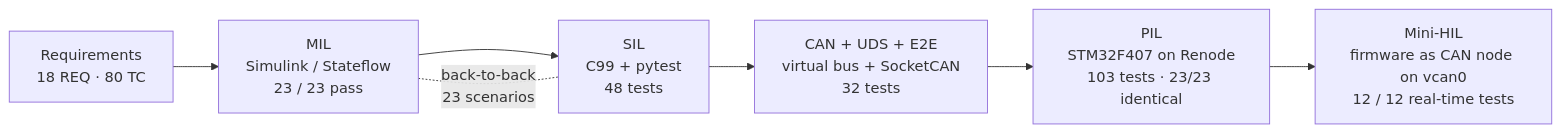
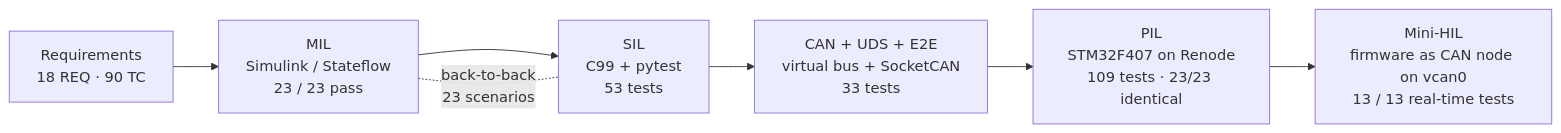
One commit to vivek123100/power-window-ecu-testing changed the diagram in README.md. Above: the diagram before and after it, drawn with Mermaid. The commit also changed other lines of this file and 20 other files, not shown here.

````diff
--- a/README.md
+++ b/README.md
@@ -32,9 +33,9 @@
 ```mermaid
 flowchart LR
-  REQ["Requirements<br/>18 REQ · 80 TC"] --> MIL["MIL<br/>Simulink / Stateflow<br/>23 / 23 pass"]
-  MIL --> SIL["SIL<br/>C99 + pytest<br/>48 tests"]
+  REQ["Requirements<br/>18 REQ · 90 TC"] --> MIL["MIL<br/>Simulink / Stateflow<br/>23 / 23 pass"]
+  MIL --> SIL["SIL<br/>C99 + pytest<br/>53 tests"]
   MIL -. "back-to-back<br/>23 scenarios" .- SIL
-  SIL --> CAN["CAN + UDS + E2E<br/>virtual bus + SocketCAN<br/>32 tests"]
-  CAN --> PIL["PIL<br/>STM32F407 on Renode<br/>103 tests · 23/23 identical"]
-  PIL --> HIL["Mini-HIL<br/>firmware as CAN node on vcan0<br/>12 / 12 real-time tests"]
+  SIL --> CAN["CAN + UDS + E2E<br/>virtual bus + SocketCAN<br/>33 tests"]
+  CAN --> PIL["PIL<br/>STM32F407 on Renode<br/>109 tests · 23/23 identical"]
+  PIL --> HIL["Mini-HIL<br/>firmware as CAN node on vcan0<br/>13 / 13 real-time tests"]
 ```
````
